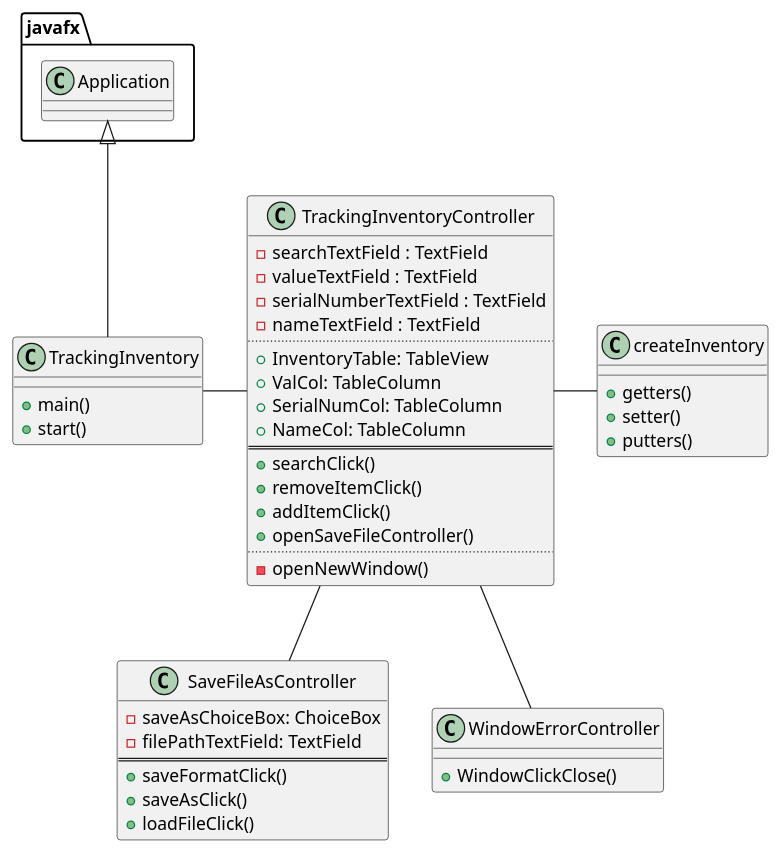
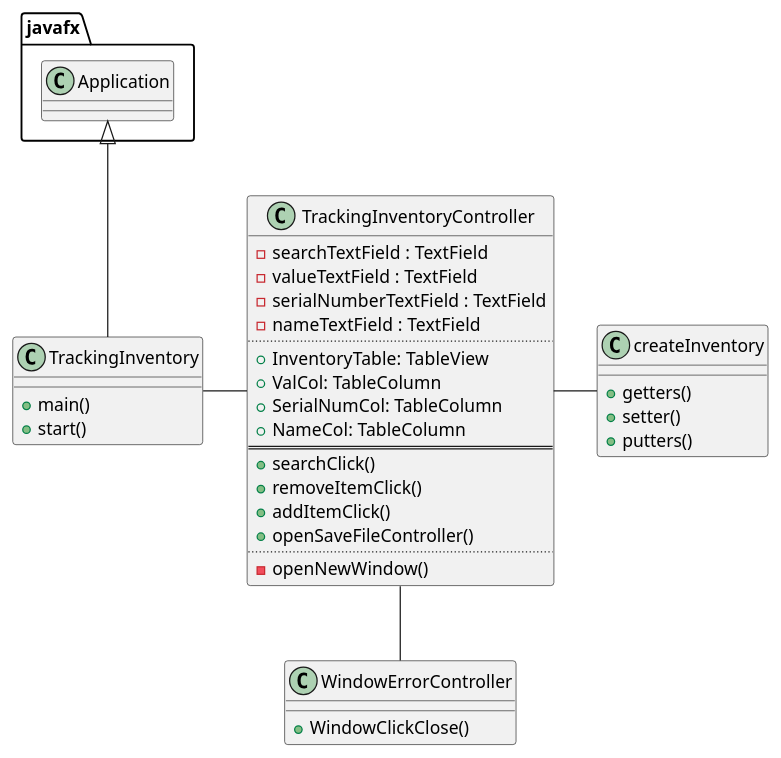
One commit to fshofiquel/Item-Inventory changed the diagram in uml/TrackingInventory.puml. Above: the diagram before and after it, drawn with PlantUML. The commit also changed 4 other files, not shown here.

Commit message:
Basic implimentation of file load. Will work on this later. Might use a dropdown menu to choose between load and save instead. This also renders saveFileAs.fxml and the controller useless.

```diff
--- a/uml/TrackingInventory.puml
+++ b/uml/TrackingInventory.puml
@@ -1,59 +1,48 @@
 @startuml
 'https://plantuml.com/class-diagram
 
 class TrackingInventory
 {
     + main()
     + start()
 }
 
 class TrackingInventoryController
 {
     - searchTextField : TextField
     - valueTextField : TextField
     - serialNumberTextField : TextField
     - nameTextField : TextField
     ..
     + InventoryTable: TableView
     + ValCol: TableColumn
     + SerialNumCol: TableColumn
     + NameCol: TableColumn
     ==
     + searchClick()
     + removeItemClick()
     + addItemClick()
     + openSaveFileController()
     ..
     - openNewWindow()
 }
 
-class SaveFileAsController
-{
-    - saveAsChoiceBox: ChoiceBox
-    - filePathTextField: TextField
-    ==
-    + saveFormatClick()
-    + saveAsClick()
-    + loadFileClick()
-}
-
 class WindowErrorController
 {
     + WindowClickClose()
 }
 
 class createInventory
 {
     +getters()
     +setter()
     +putters()
 }
 
 javafx.Application <|-- TrackingInventory
 
 TrackingInventory - TrackingInventoryController
 TrackingInventoryController - createInventory
-TrackingInventoryController -- SaveFileAsController
 TrackingInventoryController -- WindowErrorController
 
 @enduml
```
